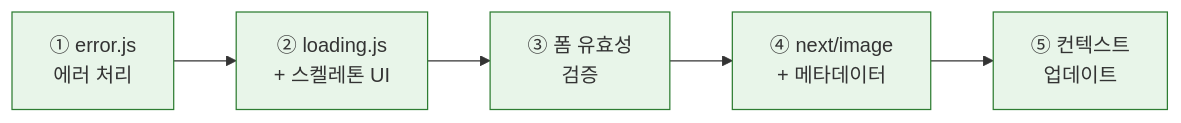
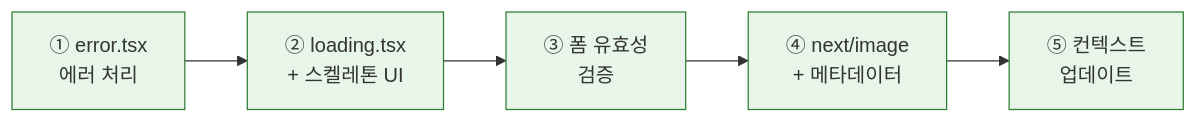
The diagram in docs/ch12A.md (LeeSeogMin/my-first-web), drawn with Mermaid before and after one commit. The commit also changed other lines of this file and 7 other files, not shown here.

````diff
--- a/docs/ch12A.md
+++ b/docs/ch12A.md
@@ -46,13 +46,13 @@
 ```mermaid
 graph LR
-  A["① error.js<br/>에러 처리"] --> B["② loading.js<br/>+ 스켈레톤 UI"]
+  A["① error.tsx<br/>에러 처리"] --> B["② loading.tsx<br/>+ 스켈레톤 UI"]
   B --> C["③ 폼 유효성<br/>검증"]
   C --> D["④ next/image<br/>+ 메타데이터"]
   D --> E["⑤ 컨텍스트<br/>업데이트"]
 
   style A fill:#E8F5E9,stroke:#2E7D32
   style B fill:#E8F5E9,stroke:#2E7D32
   style C fill:#E8F5E9,stroke:#2E7D32
   style D fill:#E8F5E9,stroke:#2E7D32
   style E fill:#E8F5E9,stroke:#2E7D32
 ```
````
